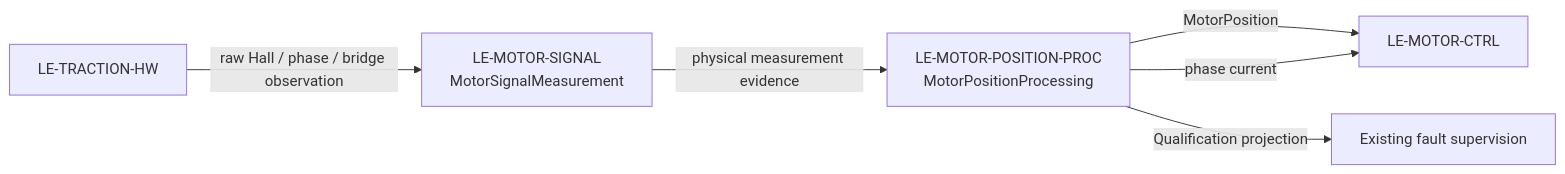
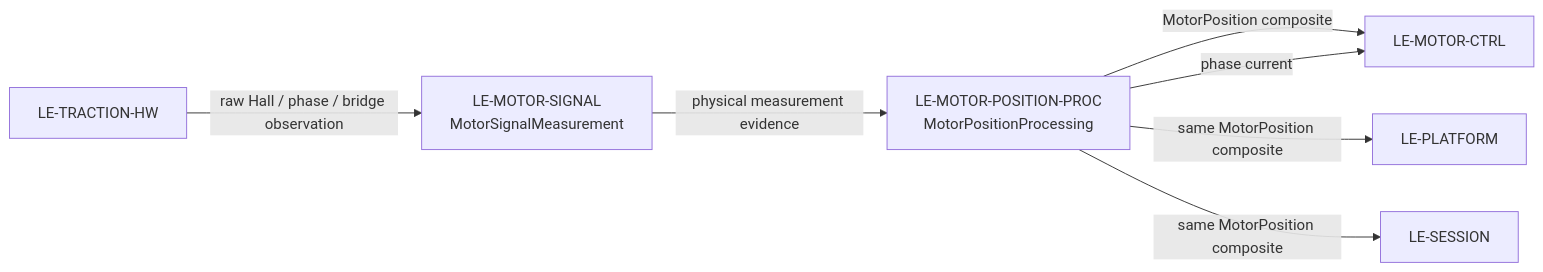
Before and after one commit to dhellhake/X2CityMCU: the diagram in .devenv/Architecture/SystemArchitecture/Modelling/MotorPositionEstimation/README.md, drawn with Mermaid. The commit also changed other lines of this file and 71 other files, not shown here.

````diff
--- a/.devenv/Architecture/SystemArchitecture/Modelling/MotorPositionEstimation/README.md
+++ b/.devenv/Architecture/SystemArchitecture/Modelling/MotorPositionEstimation/README.md
@@ -7,8 +7,9 @@
 ```mermaid
 flowchart LR
     THW["LE-TRACTION-HW"] -->|raw Hall / phase / bridge observation| MSM["LE-MOTOR-SIGNAL\nMotorSignalMeasurement"]
     MSM -->|physical measurement evidence| MPP["LE-MOTOR-POSITION-PROC\nMotorPositionProcessing"]
-    MPP -->|MotorPosition| MC["LE-MOTOR-CTRL"]
+    MPP -->|MotorPosition composite| MC["LE-MOTOR-CTRL"]
+    MPP -->|same MotorPosition composite| PL["LE-PLATFORM"]
+    MPP -->|same MotorPosition composite| SP["LE-SESSION"]
     MPP -->|phase current| MC
-    MPP -->|Qualification projection| FS["Existing fault supervision"]
 ```
````
